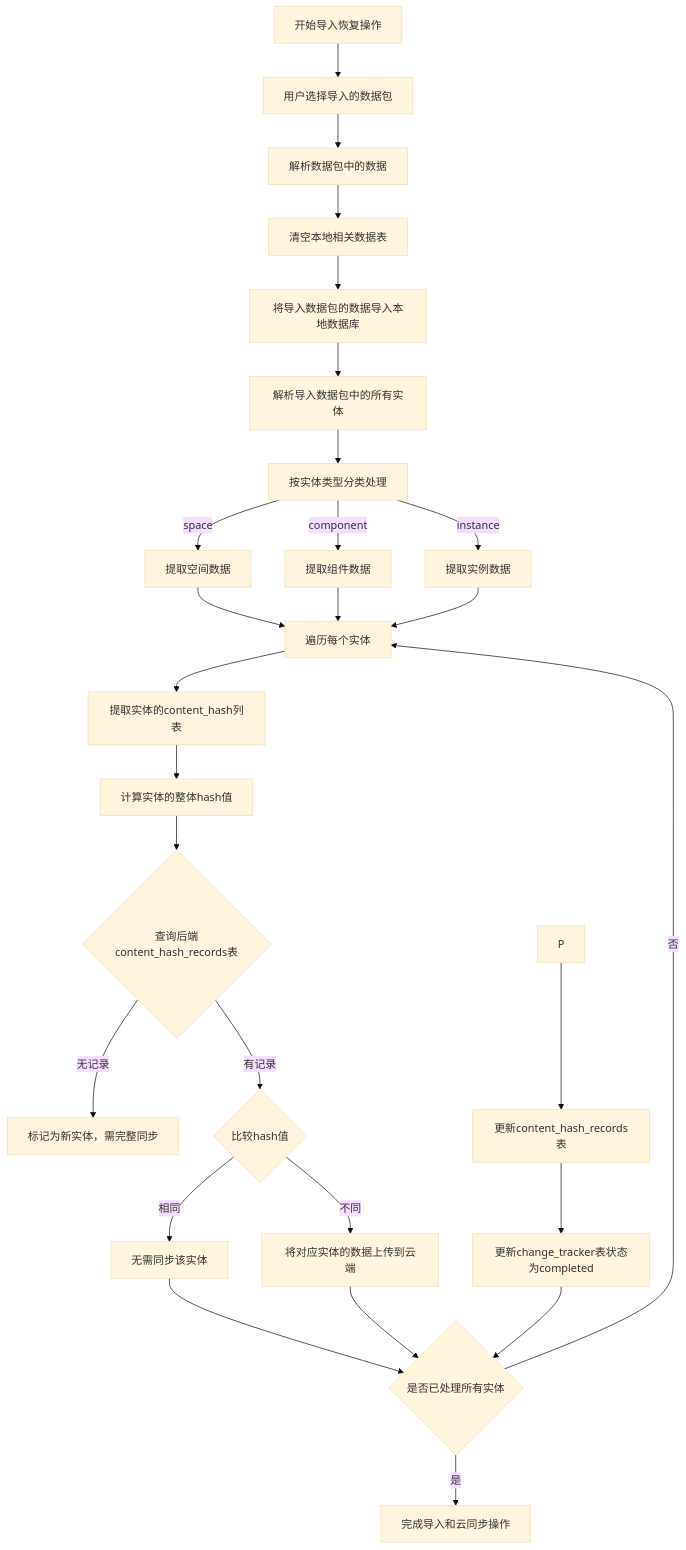
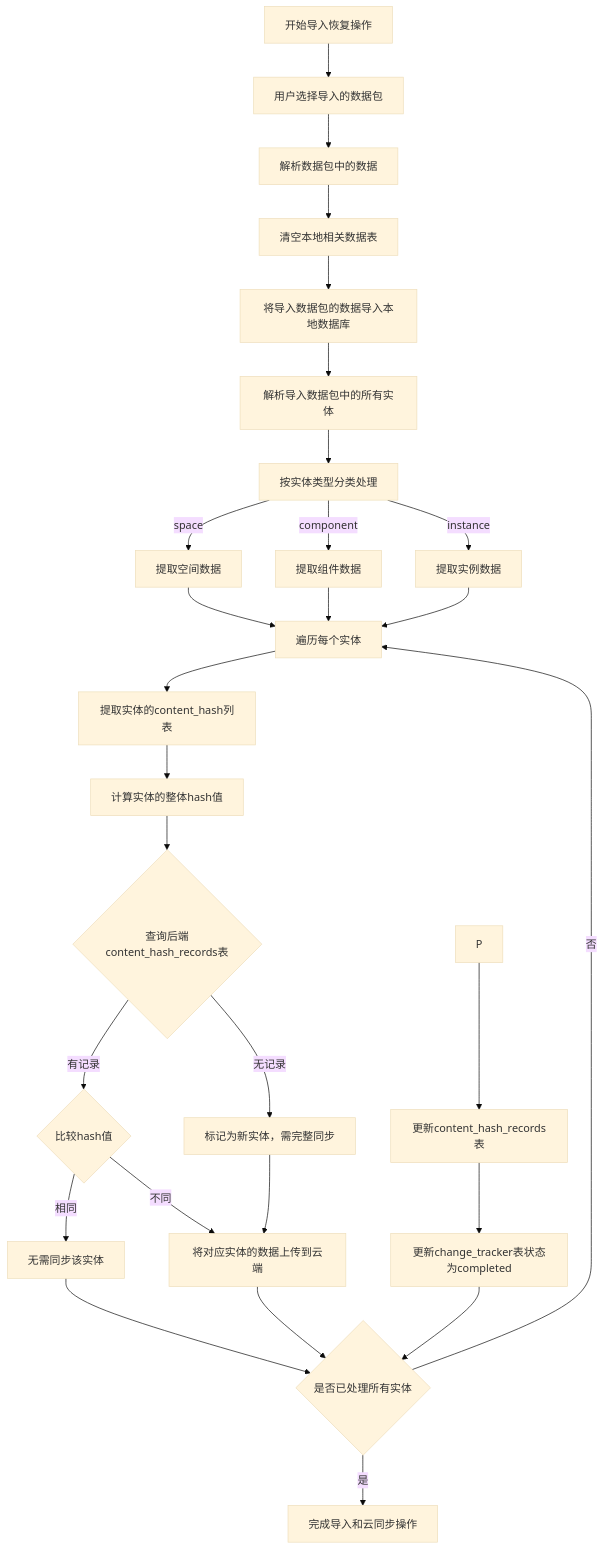
One commit to yingjianzh/iodraw-files changed the diagram in all/未命名-44.md. Above: the diagram before and after it, drawn with Mermaid (base theme).

Commit message:
2025-04-27 11:39:28 update

````diff
--- a/all/未命名-44.md
+++ b/all/未命名-44.md
@@ -1,39 +1,39 @@
 ```mermaid
 flowchart TD
     A[开始导入恢复操作] --> B[用户选择导入的数据包]
     B --> C[解析数据包中的数据]
     
     C --> D[清空本地相关数据表]
     D --> E[将导入数据包的数据导入本地数据库]
     
     E --> F[解析导入数据包中的所有实体]
     F --> G[按实体类型分类处理]
     
     G -->|space| H1[提取空间数据]
     G -->|component| H2[提取组件数据]
     G -->|instance| H3[提取实例数据]
     
     H1 --> I[遍历每个实体]
     H2 --> I
     H3 --> I
     
     I --> J[提取实体的content_hash列表]
     J --> K[计算实体的整体hash值]
     
     K --> L{查询后端content_hash_records表}
     L -->|无记录| M1[标记为新实体，需完整同步]
     L -->|有记录| M2{比较hash值}
     
     M2 -->|相同| M3[无需同步该实体]
     M2 -->|不同| M4[将对应实体的数据上传到云端]
-    M1
+    M1 --> M4[将对应实体的数据上传到云端]
     
     P --> Q[更新content_hash_records表]
     Q --> R[更新change_tracker表状态为completed]
     M3 --> S{是否已处理所有实体}
     M4 --> S{是否已处理所有实体}
     R --> S
     
     S -->|否| I
     S -->|是| T[完成导入和云同步操作]
 ```
````
